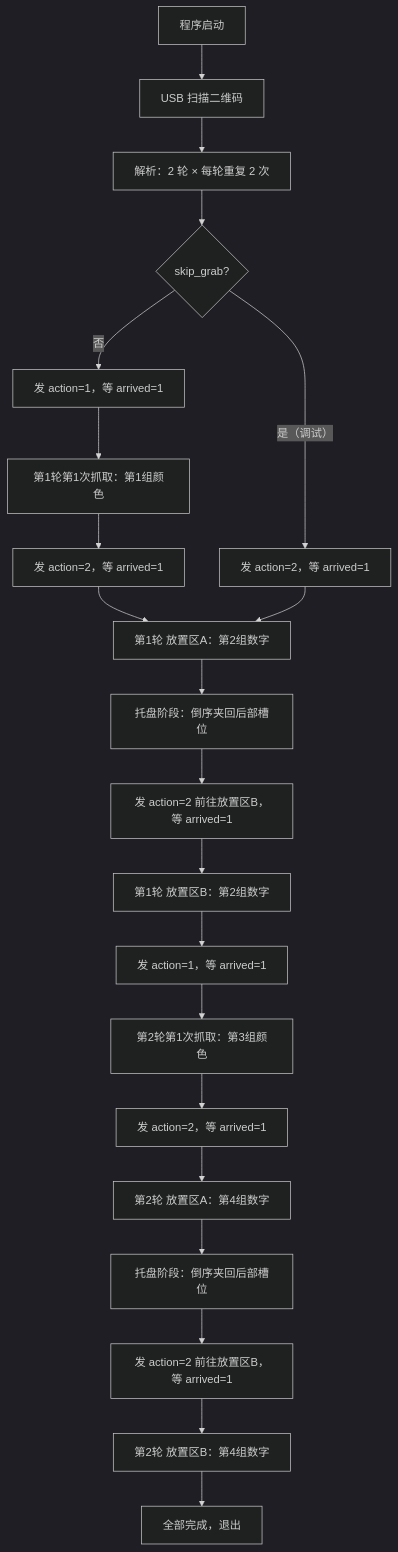
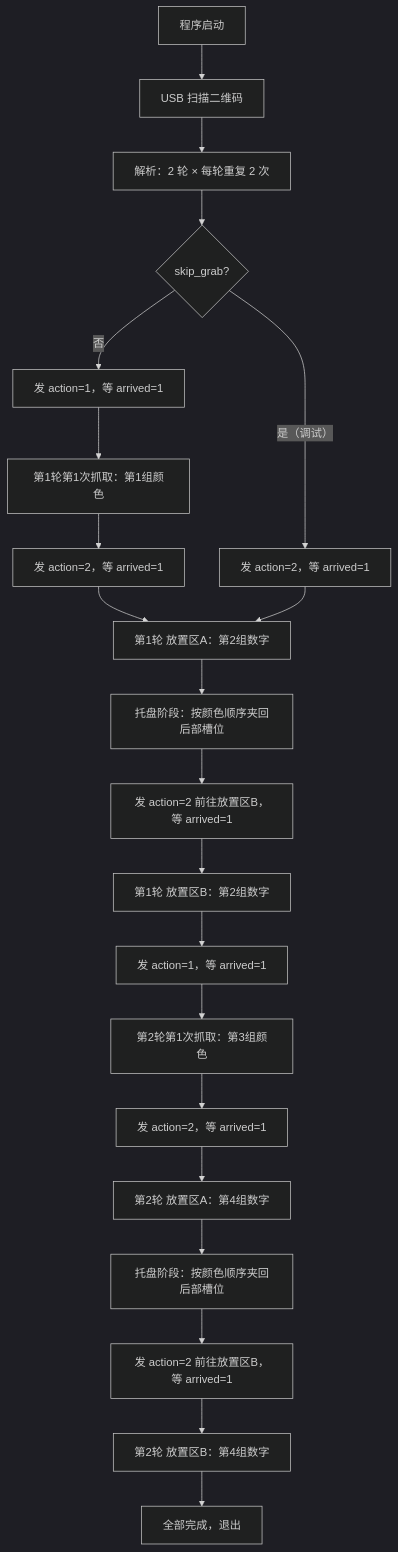
One commit to MFWTW/Engineering-Training-Competition changed the first of 2 diagrams in README.md. Above: the diagram before and after it, drawn with Mermaid (dark theme). The commit also changed other lines of this file and 8 other files, not shown here.

````diff
--- a/README.md
+++ b/README.md
@@ -188,23 +202,23 @@
 ```mermaid
 flowchart TD
     START["程序启动"] --> QR["USB 扫描二维码"]
     QR --> PARSE["解析：2 轮 × 每轮重复 2 次"]
     PARSE --> SKIP{"skip_grab?"}
     SKIP -- "是（调试）" --> GO_PLACE1["发 action=2，等 arrived=1"]
     SKIP -- "否" --> GO_GRAB1["发 action=1，等 arrived=1"]
     GO_GRAB1 --> GRAB1["第1轮第1次抓取：第1组颜色"]
     GRAB1 --> GO_PLACE["发 action=2，等 arrived=1"]
     GO_PLACE --> PLACE1["第1轮 放置区A：第2组数字"]
     GO_PLACE1 --> PLACE1
-    PLACE1 --> TRAY1["托盘阶段：倒序夹回后部槽位"]
+    PLACE1 --> TRAY1["托盘阶段：按颜色顺序夹回后部槽位"]
     TRAY1 --> GO_PLACE2["发 action=2 前往放置区B，等 arrived=1"]
     GO_PLACE2 --> PLACE2["第1轮 放置区B：第2组数字"]
     PLACE2 --> GO_GRAB2["发 action=1，等 arrived=1"]
     GO_GRAB2 --> GRAB2["第2轮第1次抓取：第3组颜色"]
     GRAB2 --> GO_PLACE3["发 action=2，等 arrived=1"]
     GO_PLACE3 --> PLACE3["第2轮 放置区A：第4组数字"]
-    PLACE3 --> TRAY2["托盘阶段：倒序夹回后部槽位"]
+    PLACE3 --> TRAY2["托盘阶段：按颜色顺序夹回后部槽位"]
     TRAY2 --> GO_PLACE4["发 action=2 前往放置区B，等 arrived=1"]
     GO_PLACE4 --> PLACE4["第2轮 放置区B：第4组数字"]
     PLACE4 --> DONE["全部完成，退出"]
 ```
````
